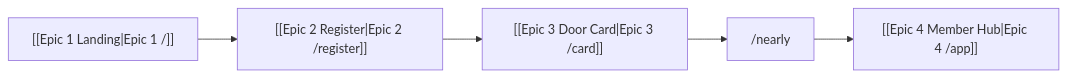
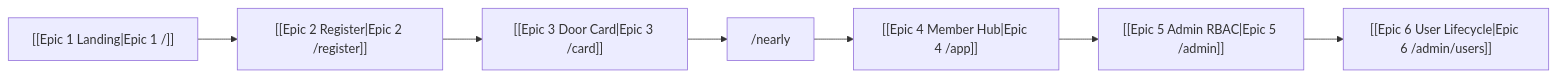
The diagram in docs/obsidian/Bien To Do/Bien To Do.md (atc1989/GutGuard-Life-Style), drawn with Mermaid before and after one commit. The commit also changed other lines of this file and 31 other files, not shown here.

First line of the commit message:
Ship Epic 5 admin RBAC and Epic 6 member directory.

````diff
--- a/docs/obsidian/Bien To Do/Bien To Do.md
+++ b/docs/obsidian/Bien To Do/Bien To Do.md
@@ -22,7 +22,9 @@
 ```mermaid
 flowchart LR
   L["[[Epic 1 Landing|Epic 1 /]]"] --> R["[[Epic 2 Register|Epic 2 /register]]"]
   R --> C["[[Epic 3 Door Card|Epic 3 /card]]"]
   C --> N["/nearly"]
   N --> H["[[Epic 4 Member Hub|Epic 4 /app]]"]
+  H --> A["[[Epic 5 Admin RBAC|Epic 5 /admin]]"]
+  A --> U["[[Epic 6 User Lifecycle|Epic 6 /admin/users]]"]
 ```
````
